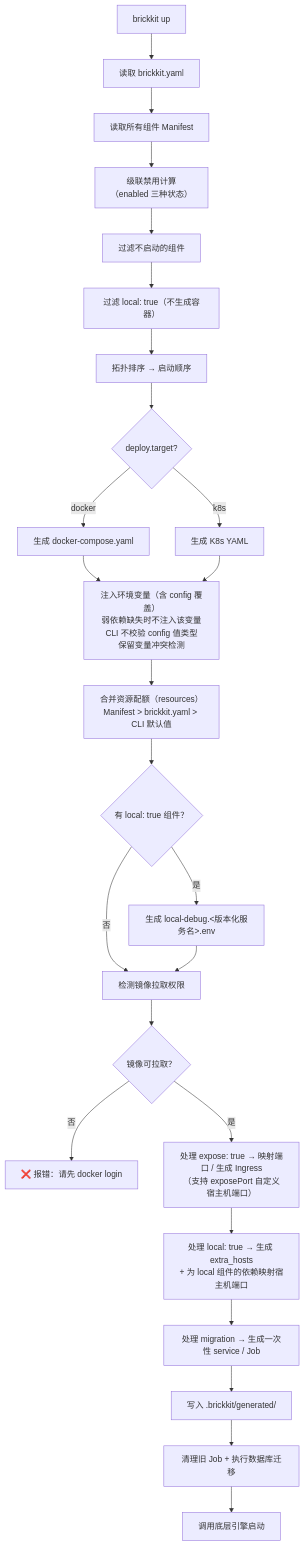
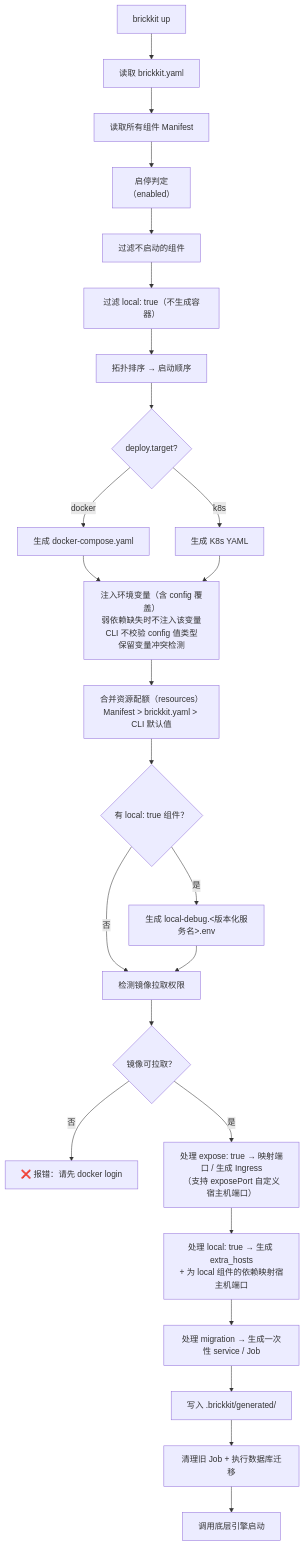
One commit to brickKit/brickKit changed the second of 9 diagrams in design/005-部署与运行规范.md. Above: the diagram before and after it, drawn with Mermaid. The commit also changed other lines of this file and 50 other files, not shown here.

````diff
--- a/design/005-部署与运行规范.md
+++ b/design/005-部署与运行规范.md
@@ -158,27 +158,27 @@
 ```mermaid
 flowchart TD
        A["brickkit up"] --> B["读取 brickkit.yaml"]
        B --> C["读取所有组件 Manifest"]
-       C --> D["级联禁用计算<br/>（enabled 三种状态）"]
+       C --> D["启停判定<br/>（enabled）"]
        D --> E["过滤不启动的组件"]
        E --> F["过滤 local: true（不生成容器）"]
        F --> G["拓扑排序 → 启动顺序"]
        G --> H{"deploy.target?"}
        H -->|docker| I["生成 docker-compose.yaml"]
        H -->|k8s| J["生成 K8s YAML"]
        I --> K["注入环境变量（含 config 覆盖）<br/>弱依赖缺失时不注入该变量<br/>CLI 不校验 config 值类型<br/>保留变量冲突检测"]
        J --> K
        K --> R["合并资源配额（resources）<br/>Manifest > brickkit.yaml > CLI 默认值"]
        R --> LD{"有 local: true 组件？"}
        LD -->|是| LD1["生成 local-debug.<版本化服务名>.env"]
        LD -->|否| M
        LD1 --> M["检测镜像拉取权限"]
        M --> M1{"镜像可拉取？"}
        M1 -->|否| M2["❌ 报错：请先 docker login"]
        M1 -->|是| N["处理 expose: true → 映射端口 / 生成 Ingress<br/>（支持 exposePort 自定义宿主机端口）"]
        N --> O["处理 local: true → 生成 extra_hosts<br/>+ 为 local 组件的依赖映射宿主机端口"]
        O --> P["处理 migration → 生成一次性 service / Job"]
        P --> Q["写入 .brickkit/generated/"]
        Q --> S["清理旧 Job + 执行数据库迁移"]
        S --> T["调用底层引擎启动"]
 ```
````
